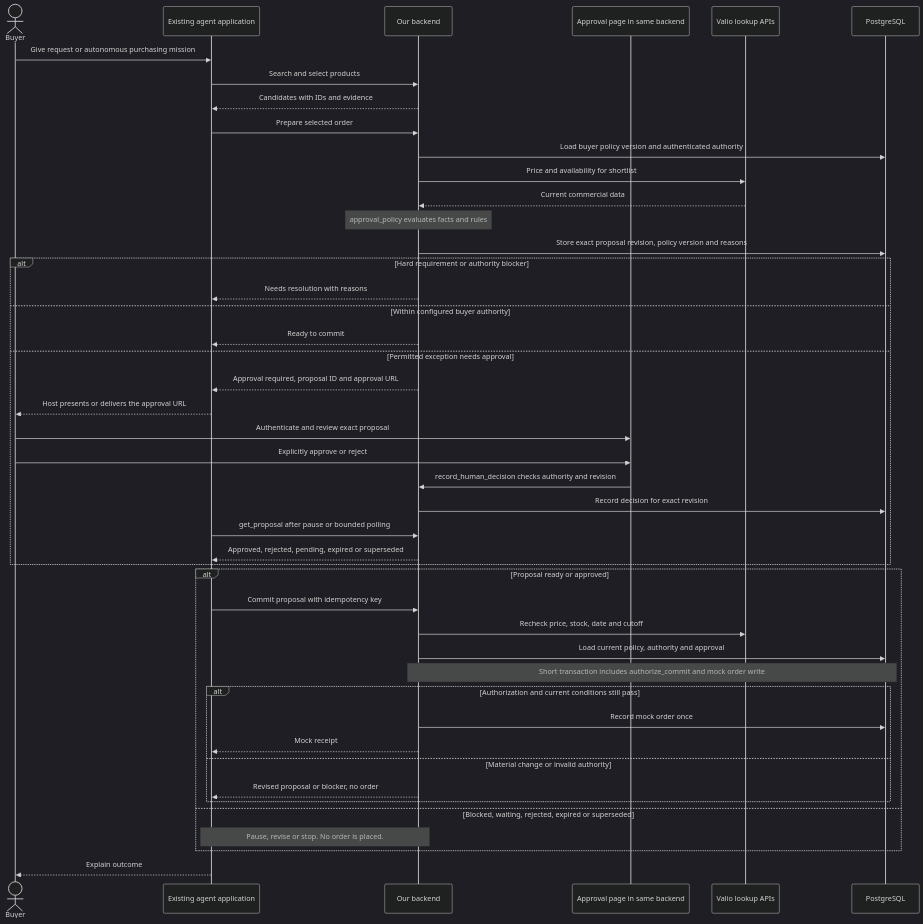
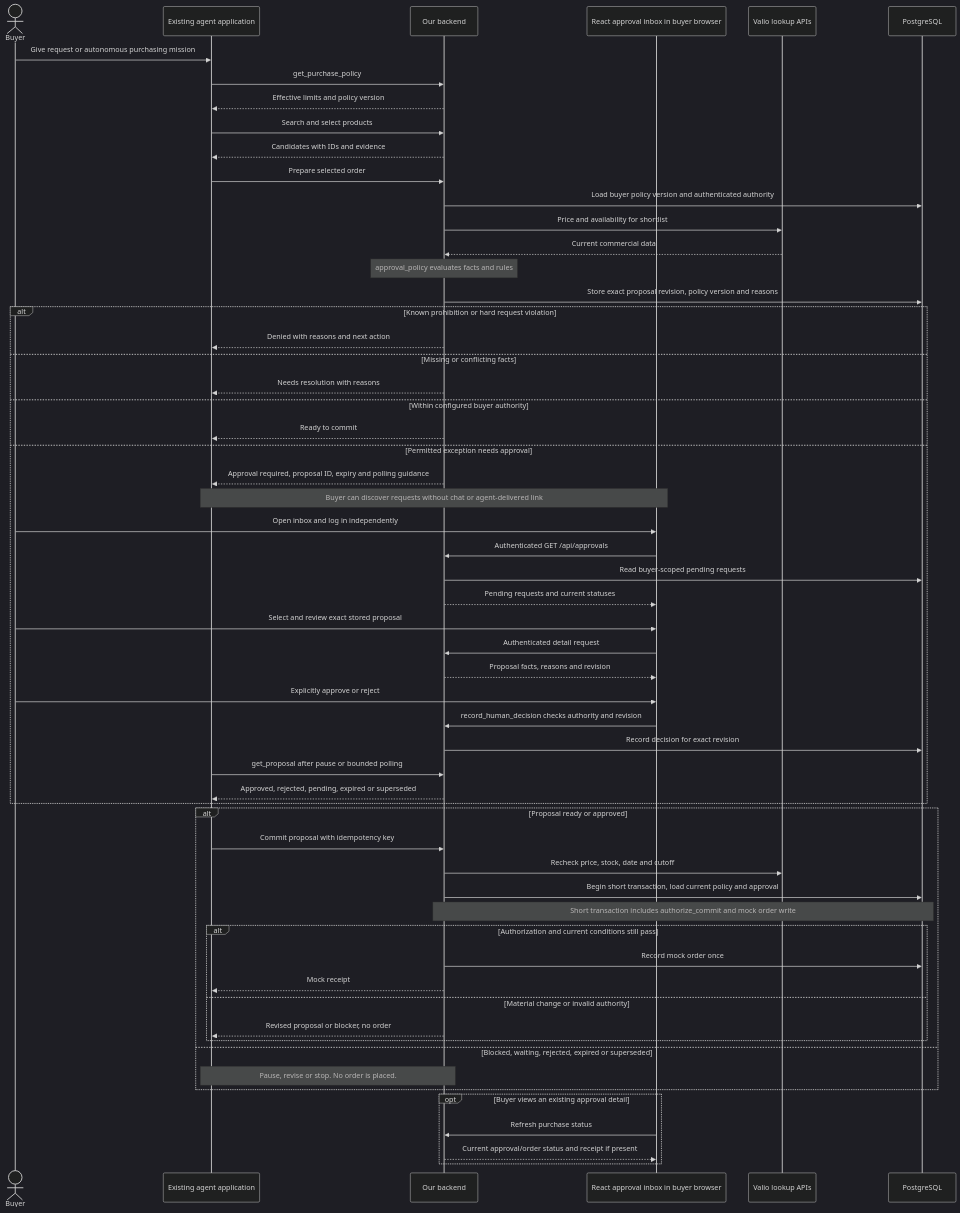
One commit to Junction-Best-Team/Main-Application changed the second of 3 diagrams in docs/brief.md. Above: the diagram before and after it, drawn with Mermaid (dark theme). The commit also changed other lines of this file and 3 other files, not shown here.

Commit message:
docs: plan React approval inbox and agent workflow

````diff
--- a/docs/brief.md
+++ b/docs/brief.md
@@ -270,47 +299,60 @@
 ```mermaid
 sequenceDiagram
     actor Buyer
     participant Agent as Existing agent application
     participant API as Our backend
-    participant Page as Approval page in same backend
+    participant Page as React approval inbox in buyer browser
     participant Valio as Valio lookup APIs
     participant DB as PostgreSQL
     Buyer->>Agent: Give request or autonomous purchasing mission
+    Agent->>API: get_purchase_policy
+    API-->>Agent: Effective limits and policy version
     Agent->>API: Search and select products
     API-->>Agent: Candidates with IDs and evidence
     Agent->>API: Prepare selected order
     API->>DB: Load buyer policy version and authenticated authority
     API->>Valio: Price and availability for shortlist
     Valio-->>API: Current commercial data
     Note over API: approval_policy evaluates facts and rules
     API->>DB: Store exact proposal revision, policy version and reasons
-    alt Hard requirement or authority blocker
+    alt Known prohibition or hard request violation
+        API-->>Agent: Denied with reasons and next action
+    else Missing or conflicting facts
         API-->>Agent: Needs resolution with reasons
     else Within configured buyer authority
         API-->>Agent: Ready to commit
     else Permitted exception needs approval
-        API-->>Agent: Approval required, proposal ID and approval URL
-        Agent-->>Buyer: Host presents or delivers the approval URL
-        Buyer->>Page: Authenticate and review exact proposal
+        API-->>Agent: Approval required, proposal ID, expiry and polling guidance
+        Note over Agent,Page: Buyer can discover requests without chat or agent-delivered link
+        Buyer->>Page: Open inbox and log in independently
+        Page->>API: Authenticated GET /api/approvals
+        API->>DB: Read buyer-scoped pending requests
+        API-->>Page: Pending requests and current statuses
+        Buyer->>Page: Select and review exact stored proposal
+        Page->>API: Authenticated detail request
+        API-->>Page: Proposal facts, reasons and revision
         Buyer->>Page: Explicitly approve or reject
         Page->>API: record_human_decision checks authority and revision
         API->>DB: Record decision for exact revision
         Agent->>API: get_proposal after pause or bounded polling
         API-->>Agent: Approved, rejected, pending, expired or superseded
     end
     alt Proposal ready or approved
         Agent->>API: Commit proposal with idempotency key
         API->>Valio: Recheck price, stock, date and cutoff
-        API->>DB: Load current policy, authority and approval
+        API->>DB: Begin short transaction, load current policy and approval
         Note over API,DB: Short transaction includes authorize_commit and mock order write
         alt Authorization and current conditions still pass
             API->>DB: Record mock order once
             API-->>Agent: Mock receipt
         else Material change or invalid authority
             API-->>Agent: Revised proposal or blocker, no order
         end
     else Blocked, waiting, rejected, expired or superseded
         Note over Agent,API: Pause, revise or stop. No order is placed.
     end
-    Agent-->>Buyer: Explain outcome
+    opt Buyer views an existing approval detail
+        Page->>API: Refresh purchase status
+        API-->>Page: Current approval/order status and receipt if present
+    end
 ```
````
